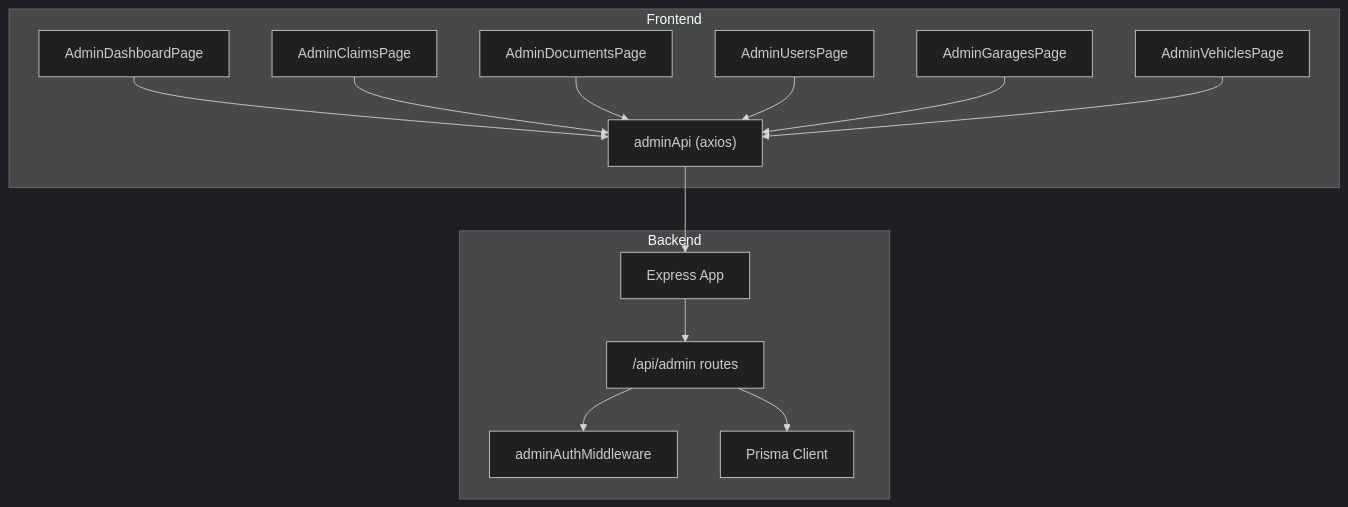
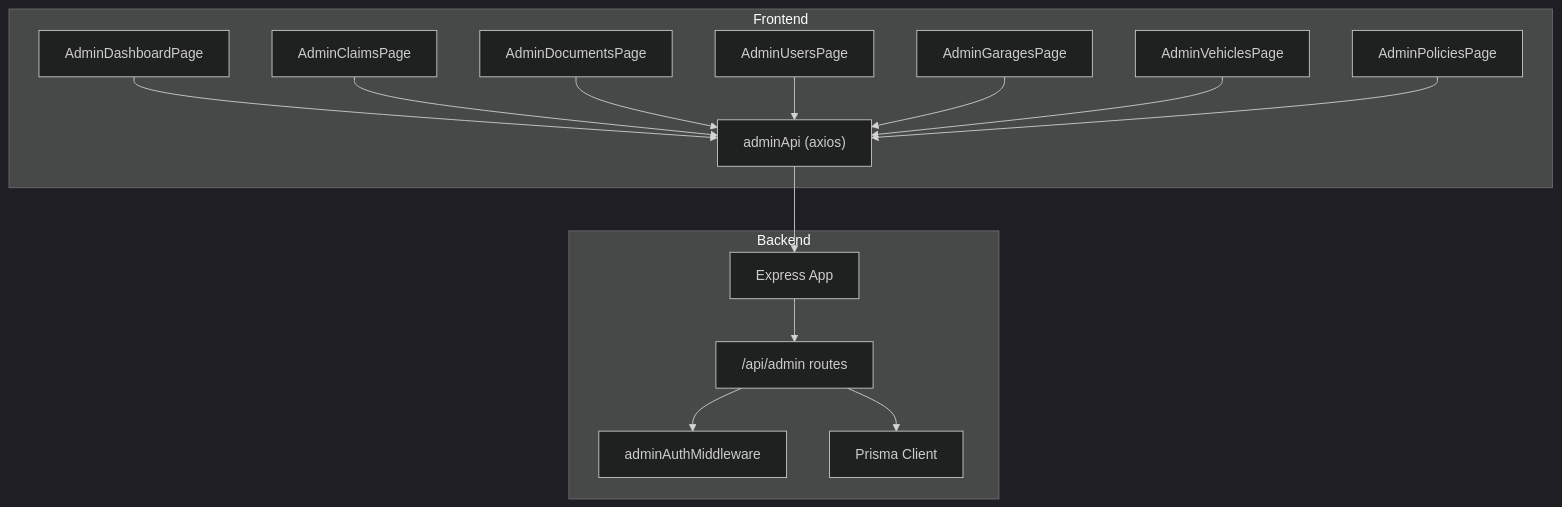
Before and after one commit to NaveenHiranya/Smart-Vehicle-Insurance-Claim-System: the first of 12 diagrams in .qoder/repowiki/en/content/Backend Documentation/API Endpoints Reference/Administrative Endpoints.md, drawn with Mermaid (dark theme). The commit also changed other lines of this file and 38 other files, not shown here.

````diff
--- a/.qoder/repowiki/en/content/Backend Documentation/API Endpoints Reference/Administrative Endpoints.md
+++ b/.qoder/repowiki/en/content/Backend Documentation/API Endpoints Reference/Administrative Endpoints.md
@@ -45,28 +46,30 @@
 ```mermaid
 graph TB
 subgraph "Frontend"
 ADP["AdminDashboardPage"]
 ACP["AdminClaimsPage"]
 ADocP["AdminDocumentsPage"]
 AUsrP["AdminUsersPage"]
 AGarP["AdminGaragesPage"]
 AVehP["AdminVehiclesPage"]
+APolP["AdminPoliciesPage"]
 AdminAPI["adminApi (axios)"]
 end
 subgraph "Backend"
 App["Express App"]
 AdminRoutes["/api/admin routes"]
 AdminAuth["adminAuthMiddleware"]
 Prisma["Prisma Client"]
 end
 ADP --> AdminAPI
 ACP --> AdminAPI
 ADocP --> AdminAPI
 AUsrP --> AdminAPI
 AGarP --> AdminAPI
 AVehP --> AdminAPI
+APolP --> AdminAPI
 AdminAPI --> App
 App --> AdminRoutes
 AdminRoutes --> AdminAuth
 AdminRoutes --> Prisma
 ```
````
